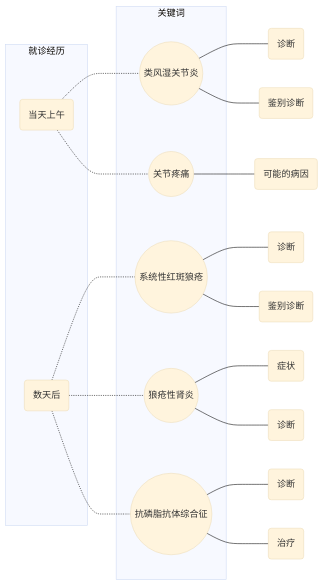
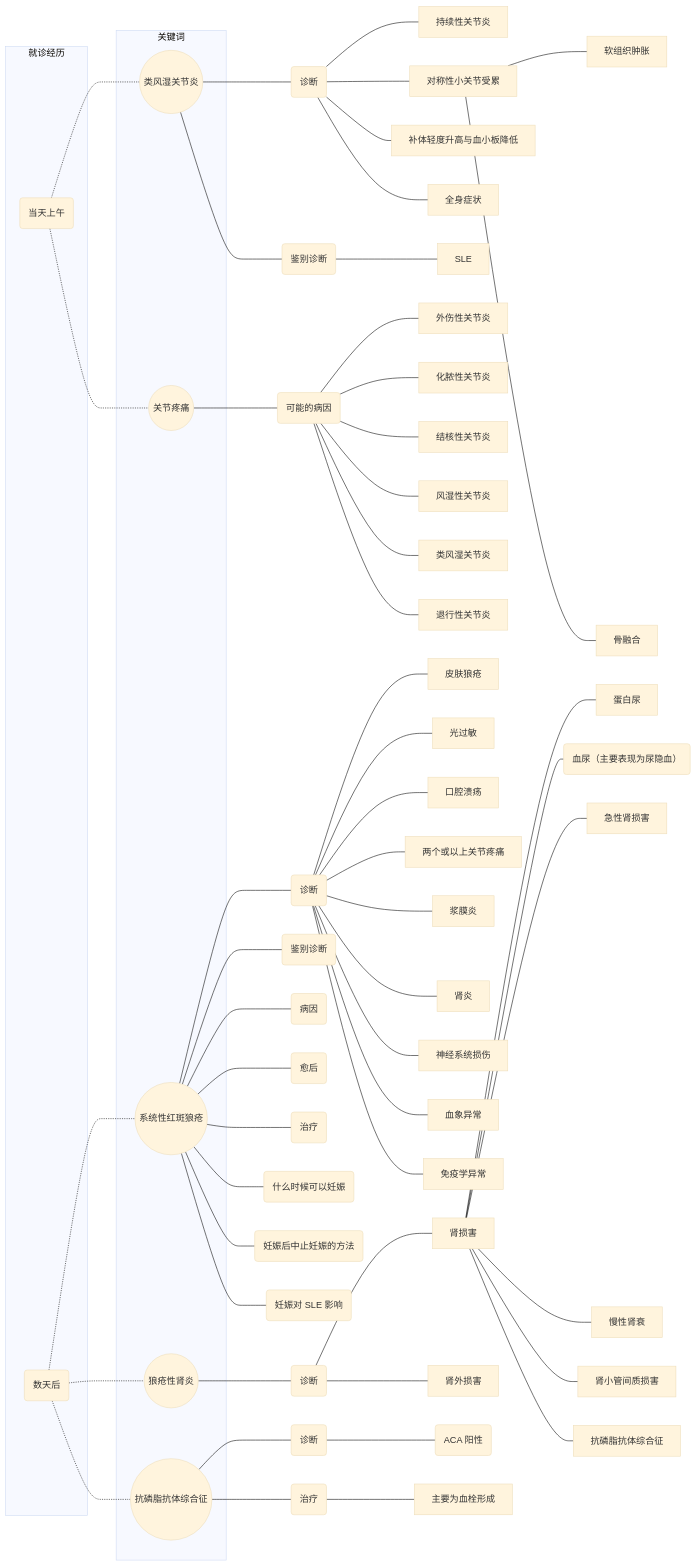
The diagram in PBL_18-19_4.md (heyrict/PBL_notes), drawn with Mermaid (base theme) before and after one commit. The commit also changed other lines of this file and 3 other files, not shown here.

````diff
--- a/PBL_18-19_4.md
+++ b/PBL_18-19_4.md
@@ -28,7 +28,12 @@
   diag2_1(可能的病因)
   diag3_1(诊断)
   diag3_2(鉴别诊断)
-  diag4_1(症状)
+  diag3_3(病因)
+  diag3_4(愈后)
+  diag3_5(治疗)
+  diag3_6(什么时候可以妊娠)
+  diag3_7(妊娠后中止妊娠的方法)
+  diag3_8("妊娠对 SLE 影响")
   diag4_2(诊断)
   diag5_1(诊断)
   diag5_2(治疗)
@@ -38,8 +43,52 @@
   diag2 --- diag2_1
   diag3 --- diag3_1
   diag3 --- diag3_2
-  diag4 --- diag4_1
+  diag3 --- diag3_3
+  diag3 --- diag3_4
+  diag3 --- diag3_5
+  diag3 --- diag3_6
+  diag3 --- diag3_7
+  diag3 --- diag3_8
   diag4 --- diag4_2
   diag5 --- diag5_1
   diag5 --- diag5_2
+
+  diag1_1 --- 持续性关节炎
+  diag1_1 --- 对称性小关节受累
+  对称性小关节受累 --- 软组织肿胀
+  对称性小关节受累 --- 骨融合
+  diag1_1 --- 补体轻度升高与血小板降低
+  diag1_1 --- 全身症状
+
+  diag1_2 --- SLE
+
+  diag2_1 --- 外伤性关节炎
+  diag2_1 --- 化脓性关节炎
+  diag2_1 --- 结核性关节炎
+  diag2_1 --- 风湿性关节炎
+  diag2_1 --- 类风湿关节炎
+  diag2_1 --- 退行性关节炎
+
+  diag3_1 --- 皮肤狼疮
+  diag3_1 --- 光过敏
+  diag3_1 --- 口腔溃疡
+  diag3_1 --- 两个或以上关节疼痛
+  diag3_1 --- 浆膜炎
+  diag3_1 --- 肾炎
+  diag3_1 --- 神经系统损伤
+  diag3_1 --- 血象异常
+  diag3_1 --- 免疫学异常
+
+  diag4_2 --- 肾损害
+  肾损害 --- 蛋白尿
+  肾损害 --- bu("血尿（主要表现为尿隐血）")
+  肾损害 --- 急性肾损害
+  肾损害 --- 慢性肾衰
+  肾损害 --- 肾小管间质损害
+  肾损害 --- 抗磷脂抗体综合征
+  diag4_2 --- 肾外损害
+
+  diag5_1 --- ap("ACA 阳性")
+  diag5_2 --- 主要为血栓形成
+
 ```
````
